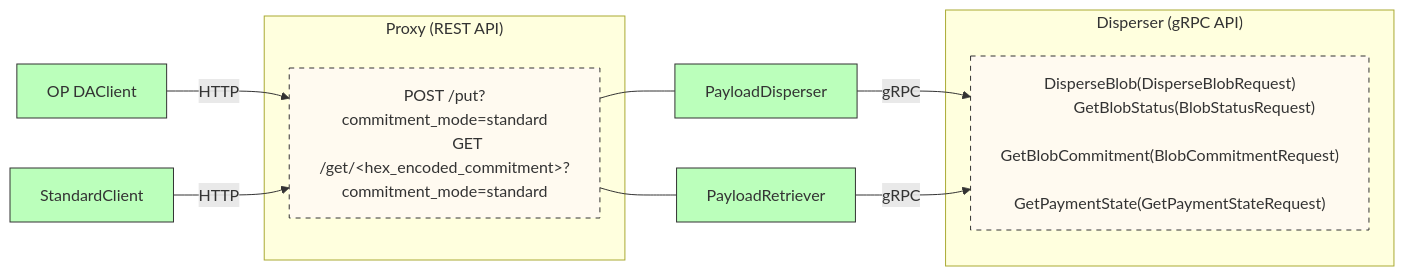
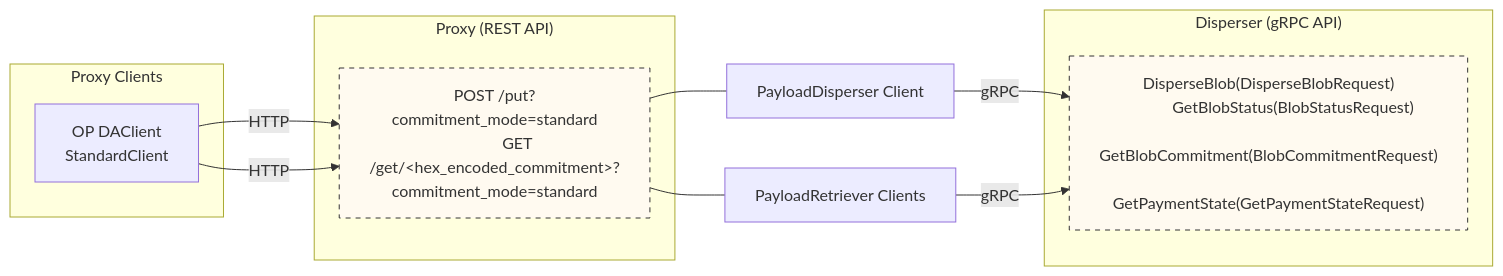
One commit to Layr-Labs/eigencloud-docs changed the diagram in docs/products/eigenda/integrations-guides/overview.md. Above: the diagram before and after it, drawn with Mermaid. The commit also changed other lines of this file and 1 other file, not shown here.

Commit message:
Clarified different options for integrating and different client types (#52)

````diff
--- a/docs/products/eigenda/integrations-guides/overview.md
+++ b/docs/products/eigenda/integrations-guides/overview.md
@@ -12,38 +20,46 @@
 ```mermaid
 graph LR
     
     subgraph "Proxy (REST API)"
         PROXY_ENDPOINTS["
             POST /put?commitment_mode=standard
             GET /get/&lt;hex_encoded_commitment&gt;?commitment_mode=standard
         "]
     end
     
     subgraph "Disperser (gRPC API)"
         DISPERSER_ENDPOINTS["
             DisperseBlob(DisperseBlobRequest)
             GetBlobStatus(BlobStatusRequest)
             GetBlobCommitment(BlobCommitmentRequest)
             GetPaymentState(GetPaymentStateRequest)
         "]
     end
     
-    OP_DAClient["OP DAClient"] -->|HTTP| PROXY_ENDPOINTS
-    StandardClient -->|HTTP| PROXY_ENDPOINTS
+    subgraph "Proxy Clients"
+        PROXY_CLIENTS["
+            OP DAClient
+            StandardClient
+        "]
+    end
+    
+    
+    PROXY_CLIENTS -->|HTTP| PROXY_ENDPOINTS
+    PROXY_CLIENTS -->|HTTP| PROXY_ENDPOINTS
 
-    PROXY_ENDPOINTS --- PayloadDisperser
-    PROXY_ENDPOINTS --- PayloadRetriever
+    PROXY_ENDPOINTS --- D[PayloadDisperser Client]
+    PROXY_ENDPOINTS --- R[PayloadRetriever Clients]
 
-    PayloadDisperser -->|gRPC| DISPERSER_ENDPOINTS
-    PayloadRetriever -->|gRPC| DISPERSER_ENDPOINTS
+    D -->|gRPC| DISPERSER_ENDPOINTS
+    R -->|gRPC| DISPERSER_ENDPOINTS
     
     classDef client fill:#bfb,stroke:#333,stroke-width:1px;
     classDef endpoints fill:#fffaf0,stroke:#333,stroke-dasharray: 5 5;
     
     class OP_DAClient client;
     class PayloadDisperser client;
     class PayloadRetriever client;
     class StandardClient client;
     class PROXY_ENDPOINTS,DISPERSER_ENDPOINTS endpoints;
 
 ```
````
